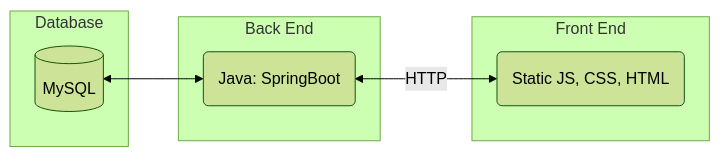
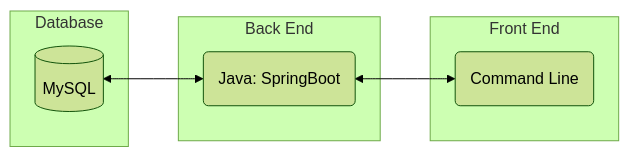
One commit to dhruv-kurpad/flappy-fish changed the first of 6 diagrams in README.md. Above: the diagram before and after it, drawn with Mermaid (forest theme). The commit also changed other lines of this file, not shown here.

````diff
--- a/README.md
+++ b/README.md
@@ -33,17 +33,17 @@
 ```mermaid
 flowchart RL
 subgraph Front End
-	A(Static JS, CSS, HTML)
+	A(Command Line)
 end
 	
 subgraph Back End
 	B(Java: SpringBoot)
 end
 	
 subgraph Database
 	C[(MySQL)]
 end
 
-A <-->|HTTP| B
+A <--> B
 B <--> C
 ```
````
